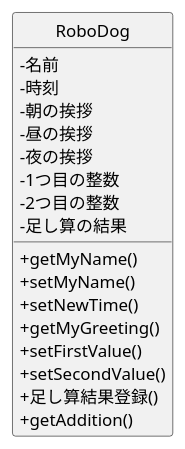
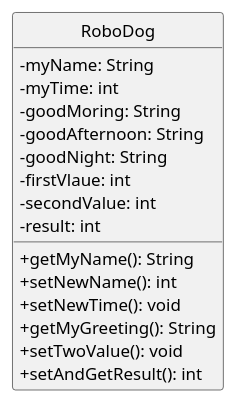
One commit to FujikawaHirono0520/ohara_uml changed the diagram in 06_robo_dog/class.pu. Above: the diagram before and after it, drawn with PlantUML. The commit also changed 2 other files, not shown here.

```diff
--- a/06_robo_dog/class.pu
+++ b/06_robo_dog/class.pu
@@ -1,25 +1,24 @@
 @startuml Robodogクラス図
 skinparam classAttributeIconSize 0
 hide circle
 
 class RoboDog {
- -名前
- -時刻
- -朝の挨拶
- -昼の挨拶
- -夜の挨拶
- -1つ目の整数
- -2つ目の整数
- -足し算の結果
+ -myName: String
+ -myTime: int
+ -goodMoring: String
+ -goodAfternoon: String
+ -goodNight: String
+ -firstVlaue: int
+ -secondValue: int
+ -result: int
 
- +getMyName()
- +setMyName()
- +setNewTime()
- +getMyGreeting()
- +setFirstValue()
- +setSecondValue()
- +足し算結果登録()
- +getAddition()
+' : 返り値
+ +getMyName(): String
+ +setNewName(): int
+ +setNewTime(): void
+ +getMyGreeting(): String
+ +setTwoValue(): void
+ +setAndGetResult(): int
 }
 
 @enduml
```
